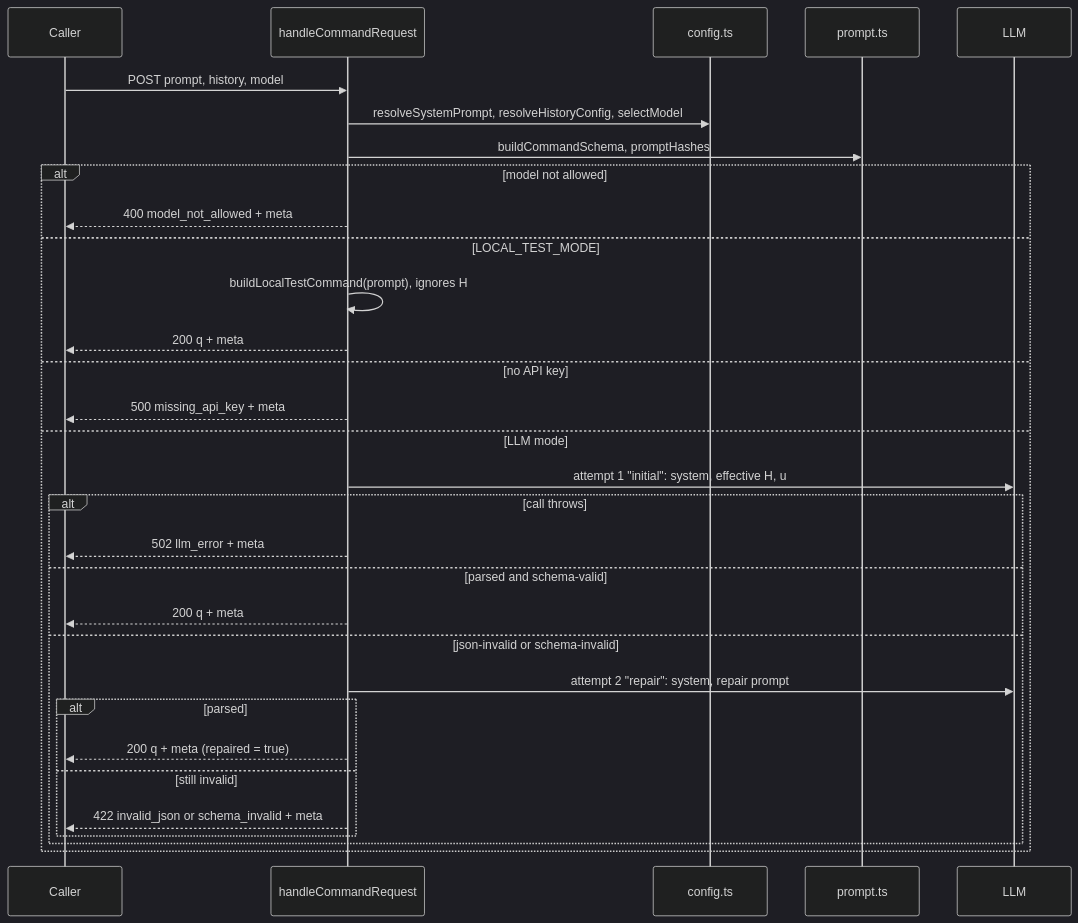
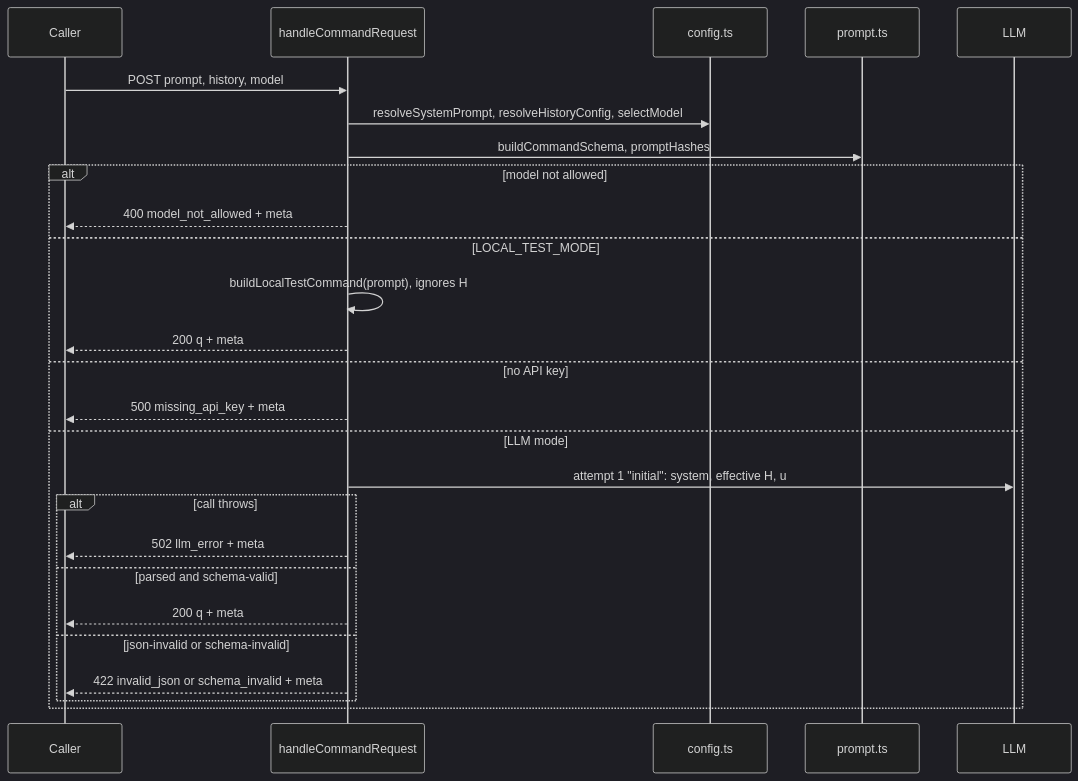
Before and after one commit to ninadpchaudhari/LNGUI---Ecommerce: the tenth of 16 diagrams in docs/uml.md, drawn with Mermaid (dark theme). The commit also changed other lines of this file and 2 other files, not shown here.

Commit message:
Drop the JSON repair retry: a malformed reply is recorded as it is
The command handler retried a reply that was not JSON or failed the schema
once, with a "fix this" prompt and no history, and the second reply was
the one judged. For testing M the first reply is the answer, so the handler
now makes one attempt (MAX_ATTEMPTS = 1) and returns 422 as before.

Mediator change only: the record shape is unchanged (attempts has one
entry, repaired is always false), and verdict logic and the sweep are
untouched. The schema-invalid error now reads "Invalid command".

````diff
--- a/docs/uml.md
+++ b/docs/uml.md
@@ -731,34 +733,29 @@
 ```mermaid
 sequenceDiagram
   participant C as Caller
   participant H as handleCommandRequest
   participant Cfg as config.ts
   participant P as prompt.ts
   participant L as LLM
 
   C->>H: POST prompt, history, model
   H->>Cfg: resolveSystemPrompt, resolveHistoryConfig, selectModel
   H->>P: buildCommandSchema, promptHashes
   alt model not allowed
     H-->>C: 400 model_not_allowed + meta
   else LOCAL_TEST_MODE
     H->>H: buildLocalTestCommand(prompt), ignores H
     H-->>C: 200 q + meta
   else no API key
     H-->>C: 500 missing_api_key + meta
   else LLM mode
     H->>L: attempt 1 "initial": system, effective H, u
     alt call throws
       H-->>C: 502 llm_error + meta
     else parsed and schema-valid
       H-->>C: 200 q + meta
     else json-invalid or schema-invalid
-      H->>L: attempt 2 "repair": system, repair prompt
-      alt parsed
-        H-->>C: 200 q + meta (repaired = true)
-      else still invalid
-        H-->>C: 422 invalid_json or schema_invalid + meta
-      end
+      H-->>C: 422 invalid_json or schema_invalid + meta
     end
   end
 ```
````
